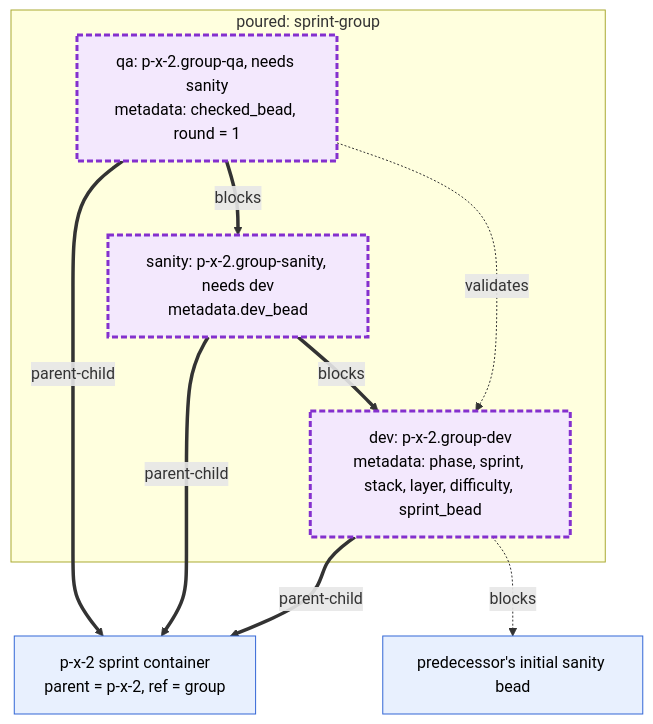
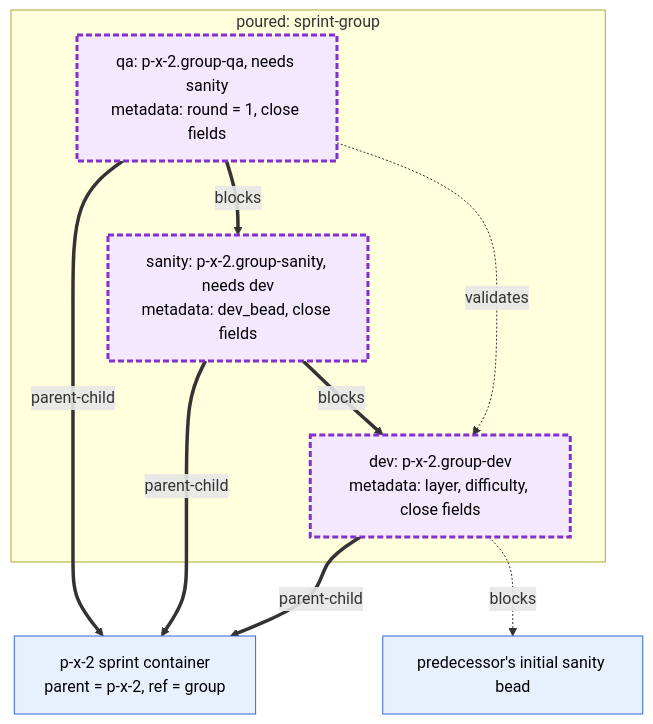
The second of 4 diagrams in docs/diagrams/formula.md (rahul05ranjan/atm-bd-orchestration), drawn with Mermaid before and after one commit. The commit also changed other lines of this file and 7 other files, not shown here.

First line of the commit message:
docs(diagrams): close hooks, bd-cache and close fields for 0.19.0

````diff
--- a/docs/diagrams/formula.md
+++ b/docs/diagrams/formula.md
@@ -63,21 +73,21 @@
 ```mermaid
 flowchart TB
   classDef tmpl fill:#e8f0fe,stroke:#3367d6,color:#000
   classDef poured fill:#f3e8fd,stroke:#8430ce,stroke-width:3px,stroke-dasharray:6 3,color:#000
 
   SPR["p-x-2 sprint container<br/>parent = p-x-2, ref = group"]:::tmpl
   subgraph POUR["poured: sprint-group"]
-    DEV["dev: p-x-2.group-dev<br/>metadata: phase, sprint, stack, layer, difficulty, sprint_bead"]:::poured
-    SAN["sanity: p-x-2.group-sanity, needs dev<br/>metadata.dev_bead"]:::poured
-    QA["qa: p-x-2.group-qa, needs sanity<br/>metadata: checked_bead, round = 1"]:::poured
+    DEV["dev: p-x-2.group-dev<br/>metadata: layer, difficulty, close fields"]:::poured
+    SAN["sanity: p-x-2.group-sanity, needs dev<br/>metadata: dev_bead, close fields"]:::poured
+    QA["qa: p-x-2.group-qa, needs sanity<br/>metadata: round = 1, close fields"]:::poured
   end
   PRED["predecessor's initial sanity bead"]:::tmpl
 
   DEV ==>|parent-child| SPR
   SAN ==>|parent-child| SPR
   QA ==>|parent-child| SPR
   SAN ==>|blocks| DEV
   QA ==>|blocks| SAN
   QA -.->|validates| DEV
   DEV -.->|blocks| PRED
 ```
````
